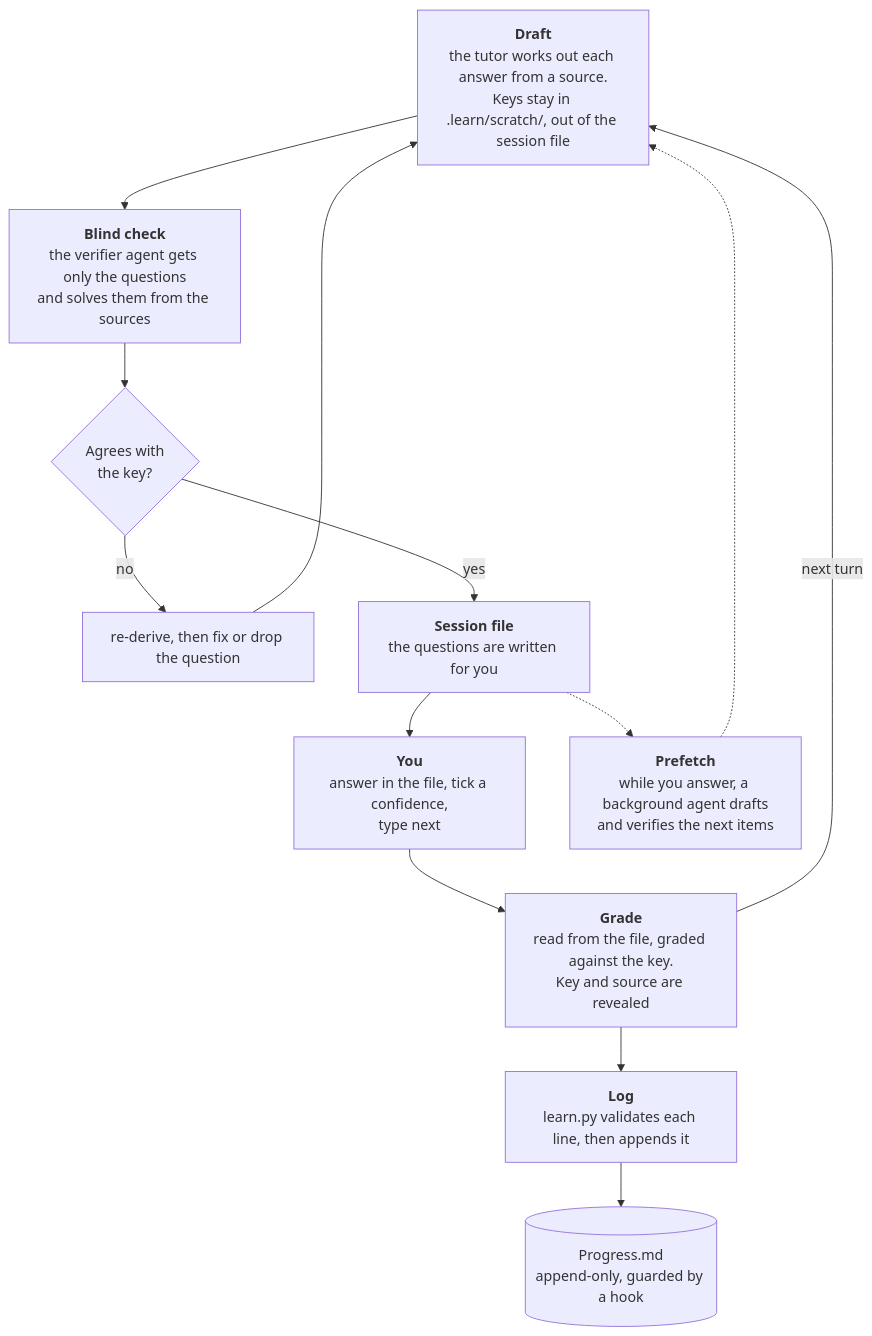
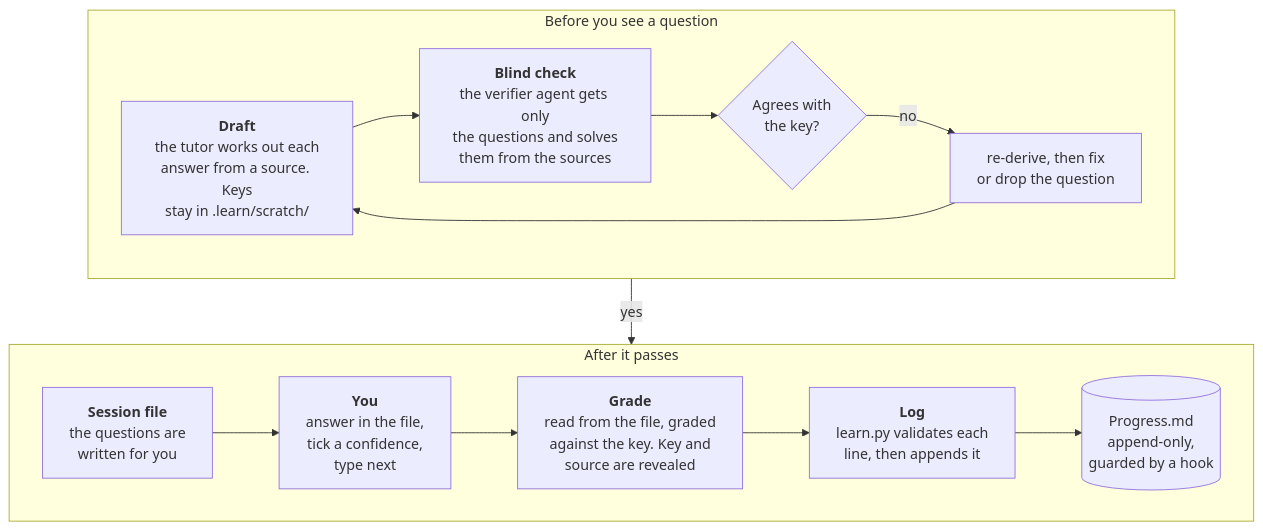
The second of 2 diagrams in README.md (LiamI16/learn-tutor), drawn with Mermaid before and after one commit. The commit also changed other lines of this file, not shown here.

First line of the commit message:
README: lay the diagrams out wide

````diff
--- a/README.md
+++ b/README.md
@@ -144,16 +149,20 @@
 ```mermaid
 flowchart TD
-    draft["<b>Draft</b><br/>the tutor works out each answer from a source.<br/>Keys stay in .learn/scratch/, out of the session file"]
-    draft --> verify["<b>Blind check</b><br/>the verifier agent gets only the questions<br/>and solves them from the sources"]
-    verify --> agree{"Agrees with<br/>the key?"}
-    agree -- "no" --> fix["re-derive, then fix or drop the question"]
-    fix --> draft
-    agree -- "yes" --> write["<b>Session file</b><br/>the questions are written for you"]
-    write --> answer["<b>You</b><br/>answer in the file, tick a confidence,<br/>type next"]
-    answer --> grade["<b>Grade</b><br/>read from the file, graded against the key.<br/>Key and source are revealed"]
-    grade --> log["<b>Log</b><br/>learn.py validates each line, then appends it"]
-    log --> progress[("Progress.md<br/>append-only, guarded by a hook")]
-    grade -- "next turn" --> draft
-    write -.-> prefetch["<b>Prefetch</b><br/>while you answer, a background agent drafts<br/>and verifies the next items"]
-    prefetch -.-> draft
+    subgraph before ["Before you see a question"]
+        direction LR
+        draft["<b>Draft</b><br/>the tutor works out each<br/>answer from a source. Keys<br/>stay in .learn/scratch/"] --> verify["<b>Blind check</b><br/>the verifier agent gets only<br/>the questions and solves<br/>them from the sources"]
+        verify --> agree{"Agrees with<br/>the key?"}
+        agree -- "no" --> fix["re-derive, then fix<br/>or drop the question"]
+        fix --> draft
+    end
+
+    before -- "yes" --> after
+
+    subgraph after ["After it passes"]
+        direction LR
+        write["<b>Session file</b><br/>the questions are<br/>written for you"] --> answer["<b>You</b><br/>answer in the file,<br/>tick a confidence,<br/>type next"]
+        answer --> grade["<b>Grade</b><br/>read from the file, graded<br/>against the key. Key and<br/>source are revealed"]
+        grade --> log["<b>Log</b><br/>learn.py validates each<br/>line, then appends it"]
+        log --> progress[("Progress.md<br/>append-only,<br/>guarded by a hook")]
+    end
 ```
````
